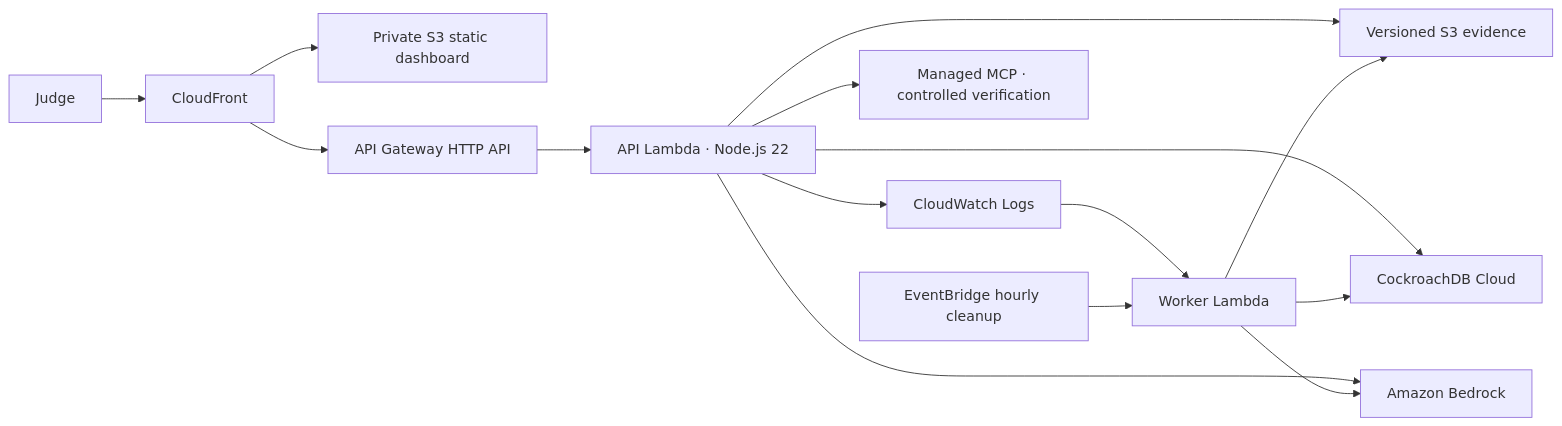
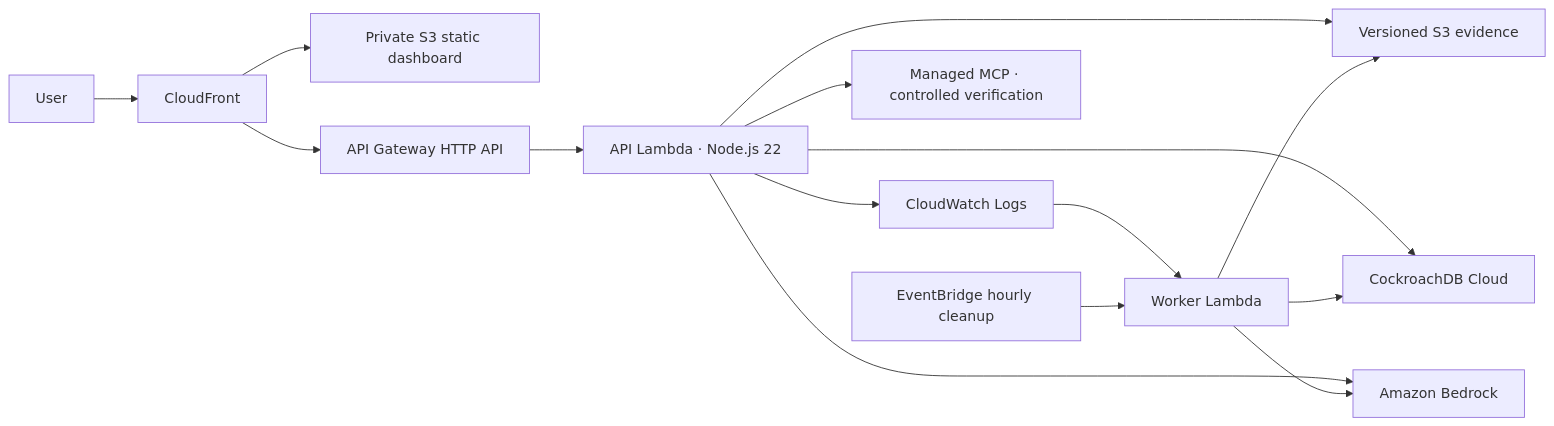
One commit to ralvyathaya/recallops changed the diagram in README.md. Above: the diagram before and after it, drawn with Mermaid. The commit also changed other lines of this file, not shown here.

````diff
--- a/README.md
+++ b/README.md
@@ -47,17 +60,17 @@
 ```mermaid
 flowchart LR
-    Judge["Judge"] --> CF["CloudFront"]
+    User["User"] --> CF["CloudFront"]
     CF --> Web["Private S3 static dashboard"]
     CF --> API["API Gateway HTTP API"]
     API --> Lambda["API Lambda · Node.js 22"]
     Lambda --> CW["CloudWatch Logs"]
     Lambda --> S3["Versioned S3 evidence"]
     Lambda --> CRDB["CockroachDB Cloud"]
     Lambda --> MCP["Managed MCP · controlled verification"]
     Lambda --> BR["Amazon Bedrock"]
     CW --> Worker["Worker Lambda"]
     Worker --> S3
     Worker --> CRDB
     Worker --> BR
     EB["EventBridge hourly cleanup"] --> Worker
 ```
````
